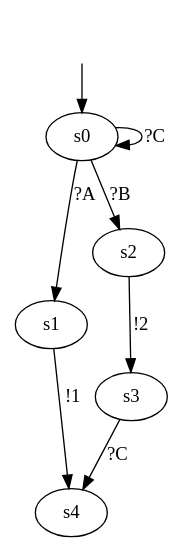
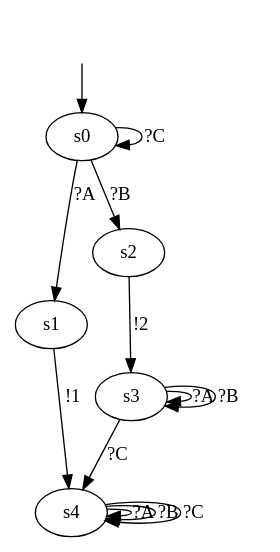
One commit to haubitzer/AALpy changed the diagram in DotModels/Iolts/04_iolts.dot. Above: the diagram before and after it, drawn with Graphviz. The commit also changed 12 other files, not shown here.

```diff
--- a/DotModels/Iolts/04_iolts.dot
+++ b/DotModels/Iolts/04_iolts.dot
@@ -1,18 +1,23 @@
 digraph learnedModel {
 s0 [label=s0];
 s1 [label=s1];
 s2 [label=s2];
 s3 [label=s3];
 s4 [label=s4];
 
 
 s0 -> s1  [label="?A"];
 s0 -> s2  [label="?B"];
 s0 -> s0  [label="?C"];
 s2 -> s3  [label="!2"];
+s3 -> s3  [label="?A"];
+s3 -> s3  [label="?B"];
 s3 -> s4  [label="?C"];
 s1 -> s4  [label="!1"];
+s4 -> s4  [label="?A"];
+s4 -> s4  [label="?B"];
+s4 -> s4  [label="?C"];
 
 __start0 [label="", shape=none];
 __start0 -> s0  [label=""];
 }
```
